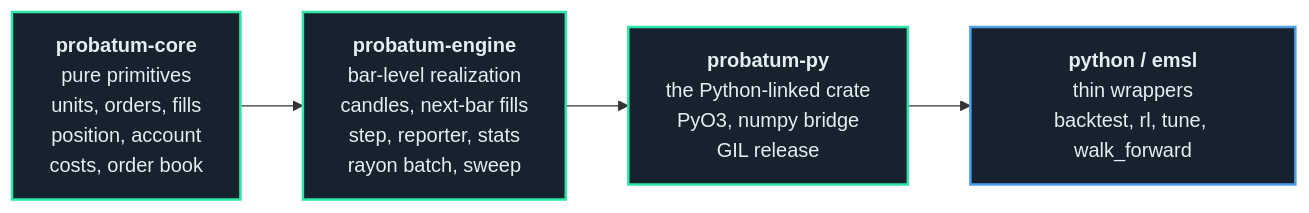
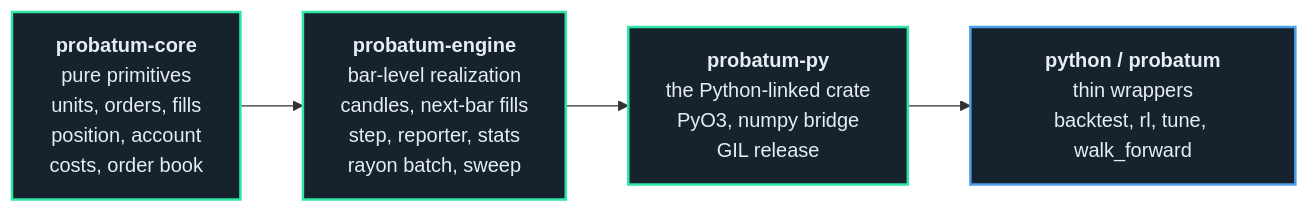
One commit to atOCEANO/probatum changed the diagram in dev/diagrams/205312.mmd. Above: the diagram before and after it, drawn with Mermaid. The commit also changed 66 other files, not shown here.

Commit message:
chore: rename the Python package and module to probatum

```diff
--- a/dev/diagrams/205312.mmd
+++ b/dev/diagrams/205312.mmd
@@ -1,14 +1,14 @@
 flowchart LR
     C["<b>probatum-core</b><br/>pure primitives<br/>units, orders, fills<br/>position, account<br/>costs, order book"]
     B["<b>probatum-engine</b><br/>bar-level realization<br/>candles, next-bar fills<br/>step, reporter, stats<br/>rayon batch, sweep"]
     P["<b>probatum-py</b><br/>the Python-linked crate<br/>PyO3, numpy bridge<br/>GIL release"]
-    W["<b>python / emsl</b><br/>thin wrappers<br/>backtest, rl, tune, walk_forward"]
+    W["<b>python / probatum</b><br/>thin wrappers<br/>backtest, rl, tune, walk_forward"]
 
     C --> B
     B --> P
     P --> W
 
     classDef entry fill:#16232e,stroke:#4d9feb,stroke-width:2px,color:#e6edf3
     classDef stage fill:#16232e,stroke:#2ee6a6,stroke-width:2px,color:#e6edf3
     class W entry
     class C,B,P stage
```
